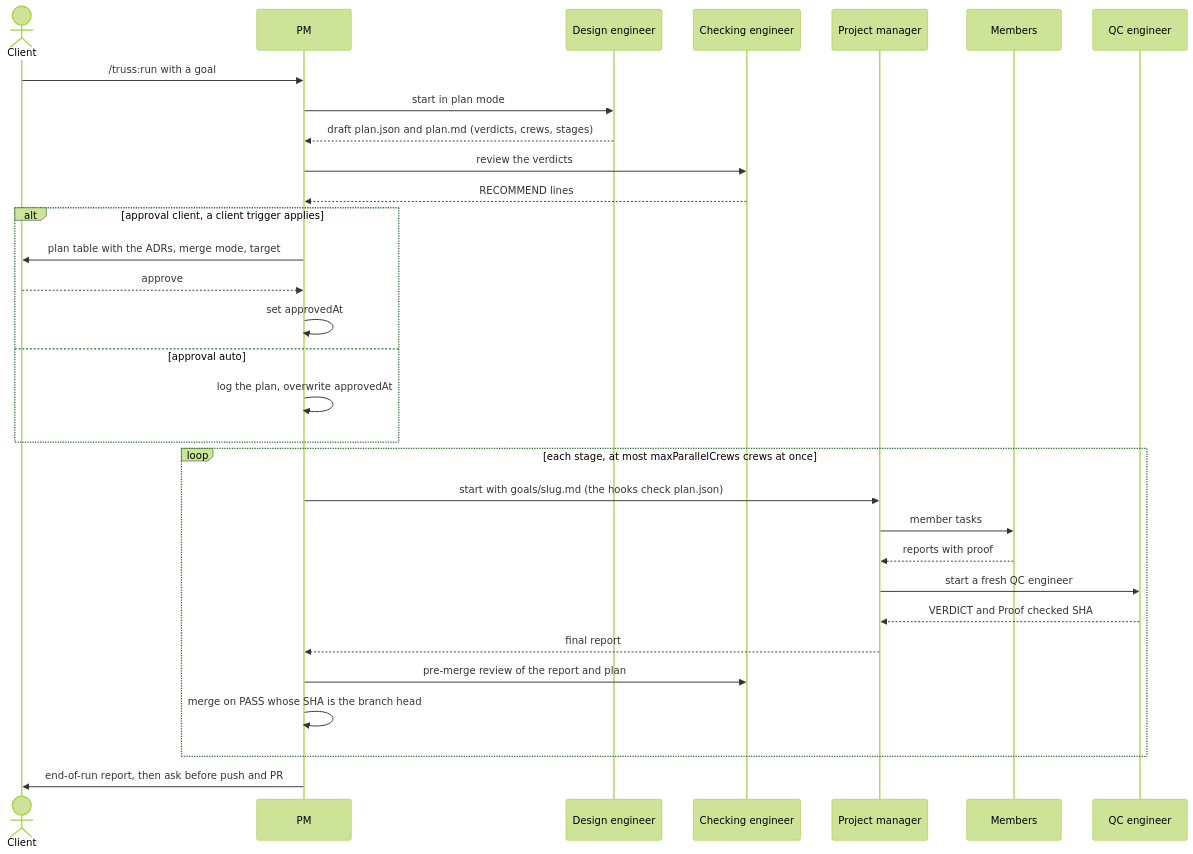
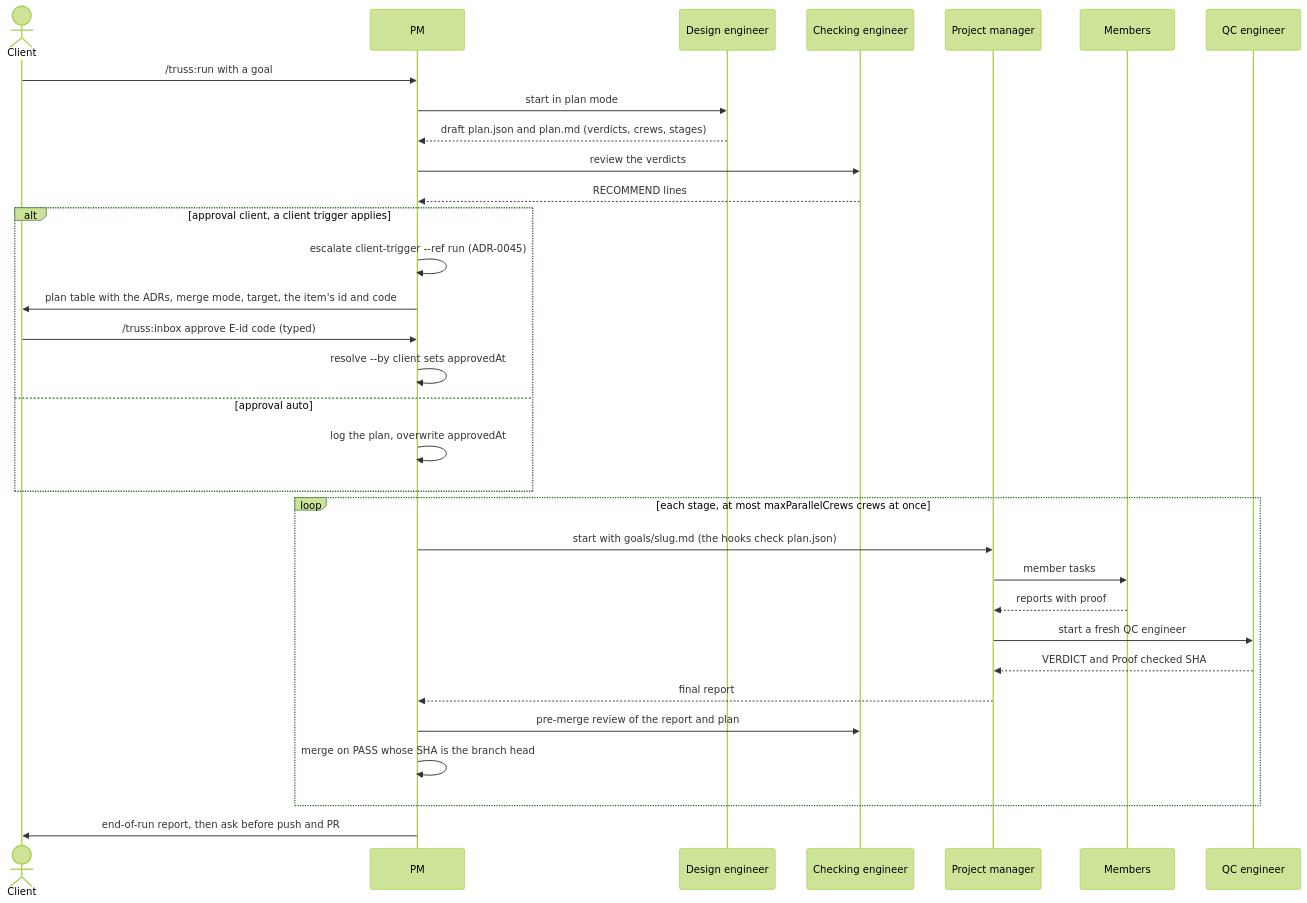
The seventh of 25 diagrams in plugins/truss/docs/architecture.md (AbhiramDwivedi/truss), drawn with Mermaid (forest theme) before and after one commit. The commit also changed other lines of this file and 3 other files, not shown here.

First line of the commit message:
docs(truss): ADR-0045 approve proof; run and inbox skills

````diff
--- a/plugins/truss/docs/architecture.md
+++ b/plugins/truss/docs/architecture.md
@@ -248,33 +248,34 @@
 ```mermaid
 sequenceDiagram
   actor Client
   participant F as PM
   participant A as Design engineer
   participant C as Checking engineer
   participant L as Project manager
   participant M as Members
   participant J as QC engineer
   Client->>F: /truss:run with a goal
   F->>A: start in plan mode
   A-->>F: draft plan.json and plan.md (verdicts, crews, stages)
   F->>C: review the verdicts
   C-->>F: RECOMMEND lines
   alt approval client, a client trigger applies
-    F->>Client: plan table with the ADRs, merge mode, target
-    Client-->>F: approve
-    F->>F: set approvedAt
+    F->>F: escalate client-trigger --ref run (ADR-0045)
+    F->>Client: plan table with the ADRs, merge mode, target, the item's id and code
+    Client->>F: /truss:inbox approve E-id code (typed)
+    F->>F: resolve --by client sets approvedAt
   else approval auto
     F->>F: log the plan, overwrite approvedAt
   end
   loop each stage, at most maxParallelCrews crews at once
     F->>L: start with goals/slug.md (the hooks check plan.json)
     L->>M: member tasks
     M-->>L: reports with proof
     L->>J: start a fresh QC engineer
     J-->>L: VERDICT and Proof checked SHA
     L-->>F: final report
     F->>C: pre-merge review of the report and plan
     F->>F: merge on PASS whose SHA is the branch head
   end
   F->>Client: end-of-run report, then ask before push and PR
 ```
````
